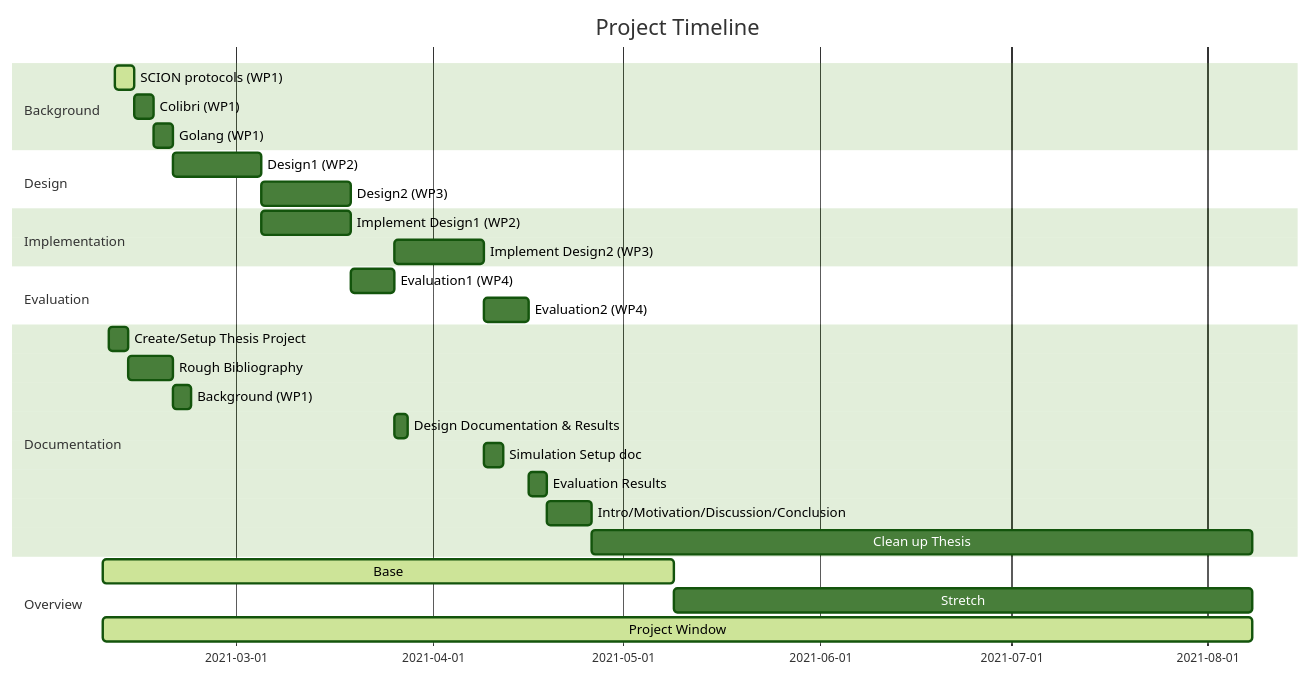
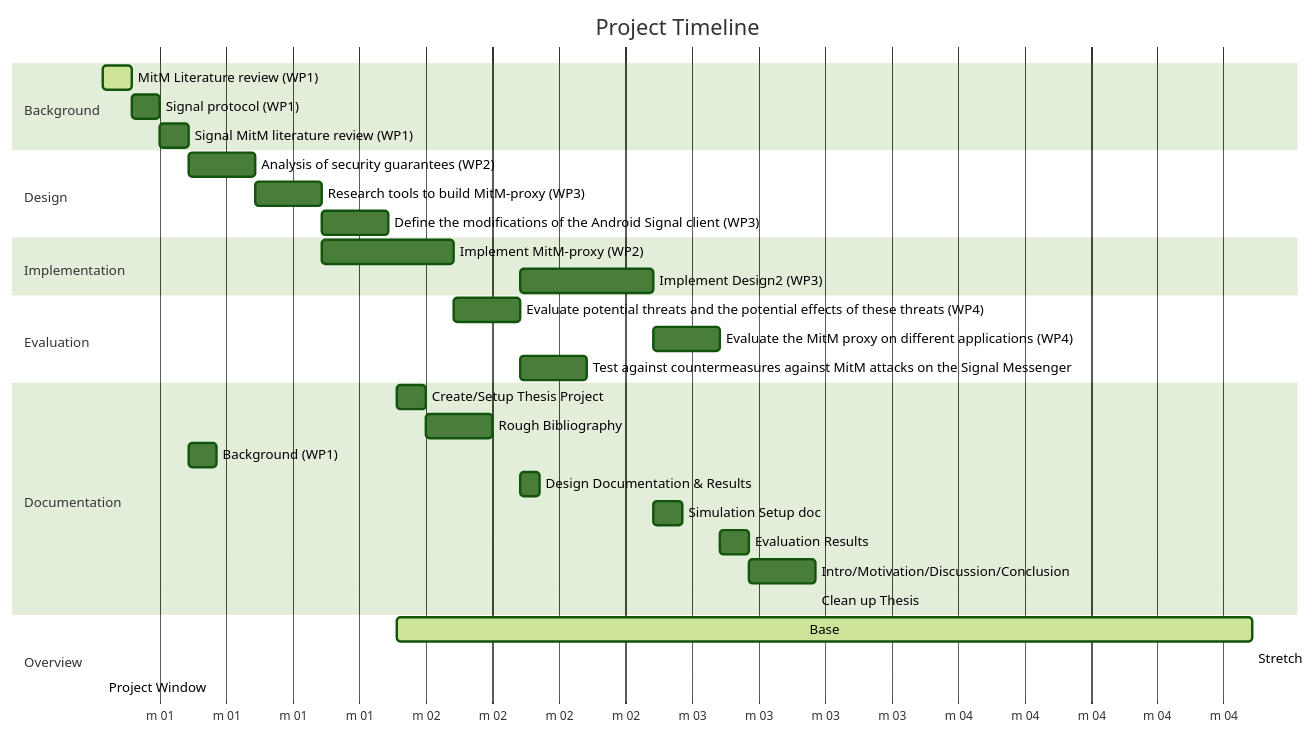
The diagram in README.md (LordByku/signal-mitm), drawn with Mermaid (forest theme) before and after one commit.

Commit message:
Added timeline

````diff
--- a/README.md
+++ b/README.md
@@ -12,45 +12,49 @@
 ```mermaid
 gantt
-dateFormat  YYYY-MM-DD
+dateFormat  M
+axisFormat m %m
 title Project Timeline
 
 section Background
 
-    SCION protocols (WP1) :active, rev1, 2021-02-10, 3d
-    Colibri (WP1) : rev2, after rev1, 3d
-    Golang (WP1) : rev3, after rev2, 3d
+    MitM Literature review (WP1) :active, rev1, 01, 3d
+    Signal protocol (WP1) : rev2, after rev1, 3d
+    Signal MitM literature review (WP1) : rev3, after rev2, 3d
 
 section Design
 
-    Design1 (WP2): des1, after rev3,14d
-    Design2 (WP3): des2, after des1, 14d
+    Analysis of security guarantees (WP2): des1, after rev3,7d
+    Research tools to build MitM-proxy (WP3): des2, after des1, 7d
+    Define the modifications of the Android Signal client (WP3): des3, after des2, 7d
 
 section Implementation
 
-    Implement Design1 (WP2): imp1, after des1, 14d
+    Implement MitM-proxy (WP2): imp1, after des2, 14d
     Implement Design2 (WP3): imp2, after eval1, 14d
 
 section Evaluation
-     Evaluation1 (WP4): eval1, after imp1, 7d
-     Evaluation2 (WP4): eval2, after imp2, 7d
+     Evaluate potential threats and the potential effects of these threats (WP4): eval1, after imp1, 7d
+     Evaluate the MitM proxy on different applications (WP4): eval2, after imp2, 7d
+     Test against countermeasures against MitM attacks on the Signal Messenger : eval3, after eval1, 7d
+
 
 section Documentation
 
-   Create/Setup Thesis Project: doc1, 2021-02-09, 3d
+   Create/Setup Thesis Project: doc1, 02, 3d
    Rough Bibliography: doc2, after doc1, 7d
    Background (WP1): doc3, after rev3, 3d
 
    Design Documentation & Results: doc4, after eval1, 2d
    Simulation Setup doc: doc9, after imp2, 3d
    Evaluation Results: doc10, after eval2, 3d
    Intro/Motivation/Discussion/Conclusion: doc11, after doc10,7d
-   Clean up Thesis: doc0, after doc11, 2021-08-08
+   Clean up Thesis: doc0, after doc11, 07
 
 
 section Overview
 
-   Base: active, over2, 2021-02-08, 90d
-   Stretch: over3, after over2, 2021-08-08
-   Project Window: active, over1, 2021-02-08, 2021-08-08
+   Base: active, over2, 02, 90d
+   Stretch: over3, after over2, 07
+   Project Window: active, over1, 01, 07
 
 ```
````
